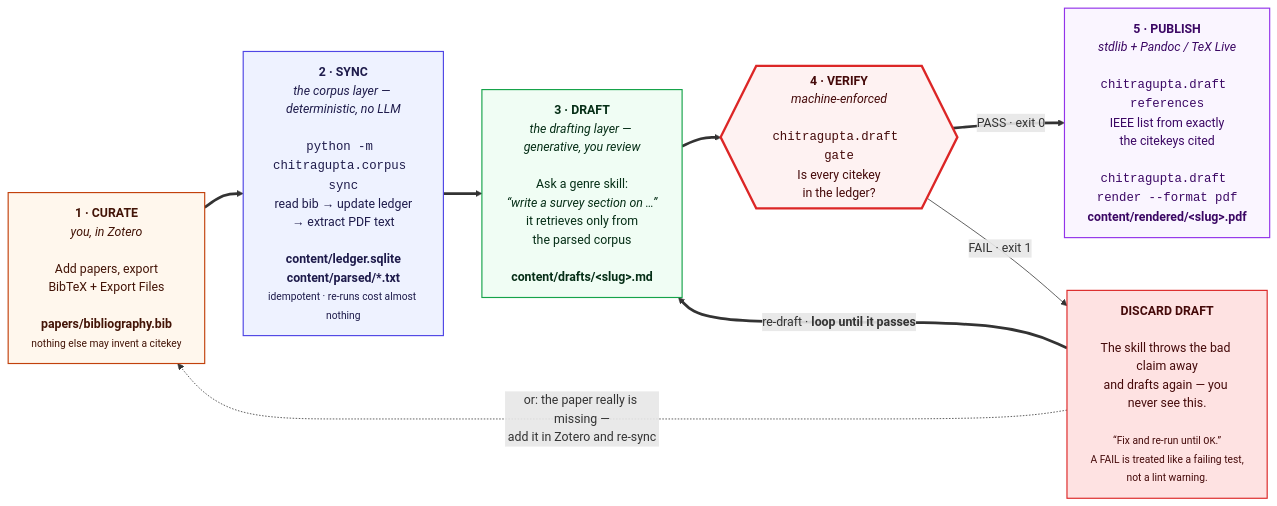
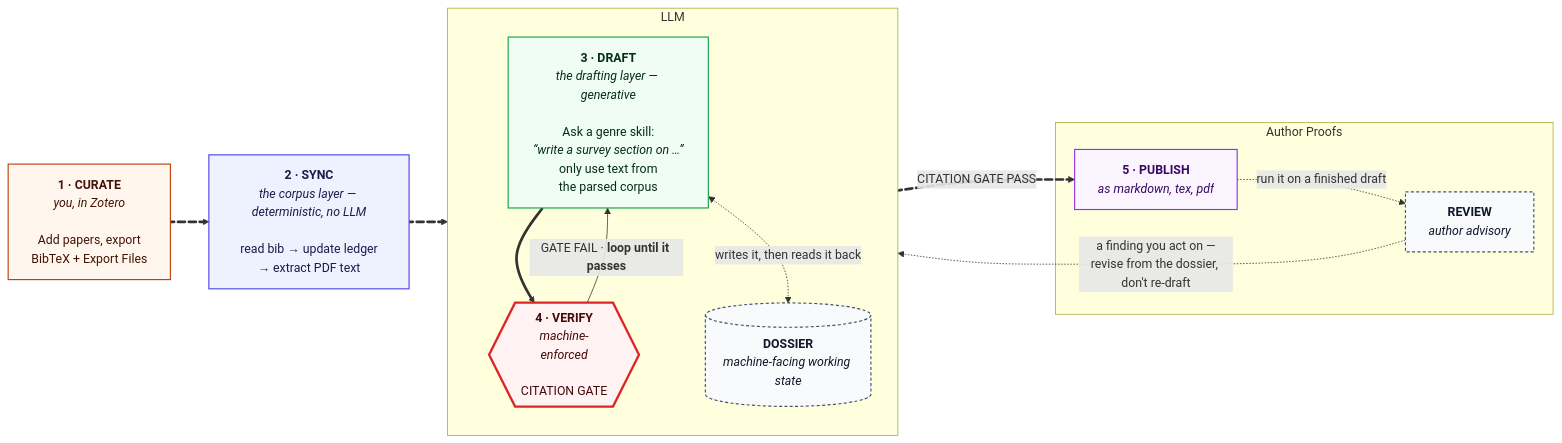
Before and after one commit to prasadtalasila/chitragupta: the first of 11 diagrams in docs/DIAGRAMS.md, drawn with Mermaid. The commit also changed other lines of this file and 10 other files, not shown here.

````diff
--- a/docs/DIAGRAMS.md
+++ b/docs/DIAGRAMS.md
@@ -61,35 +81,49 @@
 ```mermaid
 flowchart LR
 
-  P0["<b>1 · CURATE</b><br/><i>you, in Zotero</i><br/><br/>Add papers, export<br/>BibTeX + Export Files<br/><br/><b>papers/bibliography.bib</b><br/><small>nothing else may invent a citekey</small>"]
+  P0["<b>1 · CURATE</b><br/><i>you, in Zotero</i><br/><br/>Add papers, export<br/>BibTeX + Export Files"]
 
-  P1["<b>2 · SYNC</b><br/><i>the corpus layer — deterministic, no LLM</i><br/><br/><code>python -m chitragupta.corpus sync</code><br/>read bib → update ledger<br/>→ extract PDF text<br/><br/><b>content/ledger.sqlite</b><br/><b>content/parsed/*.txt</b><br/><small>idempotent · re-runs cost almost nothing</small>"]
+  P1["<b>2 · SYNC</b><br/><i>the corpus layer — deterministic, no LLM</i><br/><br/>read bib → update ledger<br/>→ extract PDF text"]
 
-  P2["<b>3 · DRAFT</b><br/><i>the drafting layer — generative, you review</i><br/><br/>Ask a genre skill:<br/><i>“write a survey section on …”</i><br/>it retrieves only from<br/>the parsed corpus<br/><br/><b>content/drafts/&lt;slug&gt;.md</b>"]
+  P2["<b>3 · DRAFT</b><br/><i>the drafting layer — generative</i><br/><br/>Ask a genre skill:<br/><i>“write a survey section on …”</i><br/>only use text from<br/>the parsed corpus"]
 
-  P3{{"<b>4 · VERIFY</b><br/><i>machine-enforced</i><br/><br/><code>chitragupta.draft gate</code><br/>Is every citekey<br/>in the ledger?"}}
+  P3{{"<b>4 · VERIFY</b><br/><i>machine-<br/>enforced</i><br/><br/>CITATION GATE"}}
 
-  P4["<b>5 · PUBLISH</b><br/><i>stdlib + Pandoc / TeX Live</i><br/><br/><code>chitragupta.draft references</code><br/>IEEE list from exactly<br/>the citekeys cited<br/><br/><code>chitragupta.draft render --format pdf</code><br/><b>content/rendered/&lt;slug&gt;.pdf</b>"]
+  P4["<b>5 · PUBLISH</b><br/><i>as markdown, tex, pdf</i>"]
 
-  FIX["<b>DISCARD DRAFT</b><br/><br/>The skill throws the bad claim away<br/>and drafts again — you never see this.<br/><br/><small>“Fix and re-run until <code>OK</code>.”<br/>A FAIL is treated like a failing test,<br/>not a lint warning.</small>"]
+  DOSS[("<b>DOSSIER</b><br/><i>machine-facing working state</i>")]
 
-  P0 ==> P1 ==> P2 ==> P3
-  P3 == "PASS · exit 0" ==> P4
-  P3 -- "FAIL · exit 1" --> FIX
-  FIX == "re-draft · <b>loop until it passes</b>" ==> P2
-  FIX -. "or: the paper really is missing —<br/>add it in Zotero and re-sync" .-> P0
+  REV["<b>REVIEW</b><br/><i>author advisory"]
+
+  P0 e1@==> P1 e2@==> P2
+  e1@{ animate: true }
+  e2@{ animate: true }
+  P3 e3@== "CITATION GATE PASS" ==> P4
+  e3@{ animate: true }
+  subgraph LLM
+    direction TB
+    P2 ==> P3
+    P2 <-. "writes it, then reads it back" .-> DOSS
+    P3 -- "GATE FAIL · <b>loop until it passes</b>" --> P2
+  end
+
+  subgraph Author Proofs
+    P4 -. "run it on a finished draft" .-> REV
+    REV -. "a finding you act on —<br/>revise from the dossier, don't re-draft" .-> P2
+  end
 
   classDef you fill:#fff7ed,stroke:#c2410c,stroke-width:1.5px,color:#431407
   classDef det fill:#eef2ff,stroke:#4f46e5,stroke-width:1.5px,color:#1e1b4b
   classDef gen fill:#f0fdf4,stroke:#16a34a,stroke-width:1.5px,color:#052e16
   classDef gate fill:#fef2f2,stroke:#dc2626,stroke-width:3px,color:#450a0a
   classDef out fill:#faf5ff,stroke:#9333ea,stroke-width:1.5px,color:#3b0764
-  classDef bad fill:#fee2e2,stroke:#dc2626,stroke-width:1.5px,color:#450a0a
+  classDef side fill:#f8fafc,stroke:#475569,stroke-width:1.5px,stroke-dasharray:4 3,color:#0f172a
 
   class P0 you
   class P1 det
   class P2 gen
   class P3 gate
   class P4 out
-  class FIX bad
+  class DOSS side
+  class REV side
 ```
````
